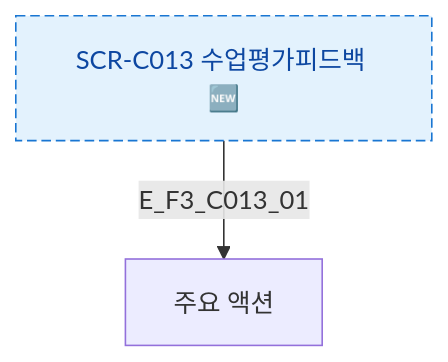
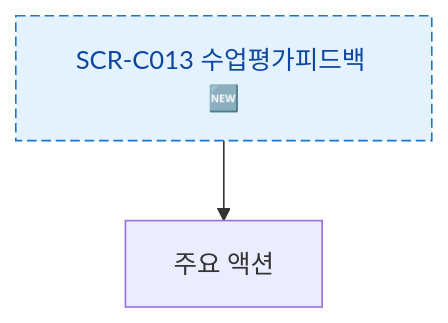
The diagram in docs/다이어그램/D04_수업관리/SCR-C013_수업평가피드백/F3_버튼액션.md (dev-spogym/admin-pando), drawn with Mermaid before and after one commit. The commit also changed other lines of this file and 1660 other files, not shown here.

First line of the commit message:
다이어그램: 기획자/클라이언트 납품본으로 정리

````diff
--- a/docs/다이어그램/D04_수업관리/SCR-C013_수업평가피드백/F3_버튼액션.md
+++ b/docs/다이어그램/D04_수업관리/SCR-C013_수업평가피드백/F3_버튼액션.md
@@ -20,9 +18,9 @@
 ```mermaid
 flowchart TD
   SCR_NODE[SCR-C013 수업평가피드백 🆕]
-  SCR_NODE -->|E_F3_C013_01| PrimaryAction[주요 액션]
+  SCR_NODE --> PrimaryAction[주요 액션]
   classDef screen fill:#E3F2FD,stroke:#1976D2,color:#0D47A1
   classDef newFeature fill:#F3E5F5,stroke:#7B1FA2,color:#4A148C,stroke-dasharray:6 3
   class SCR_NODE newFeature
   class SCR_NODE screen
 ```
````
